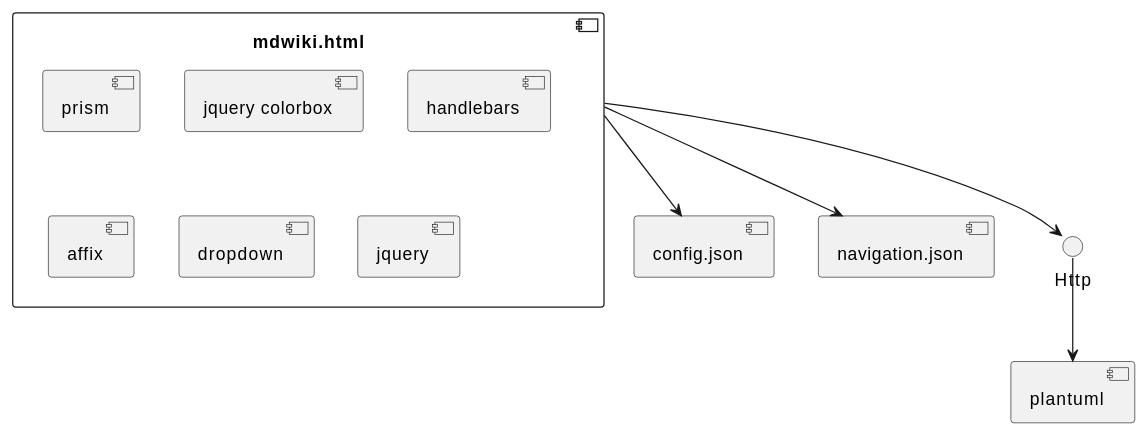
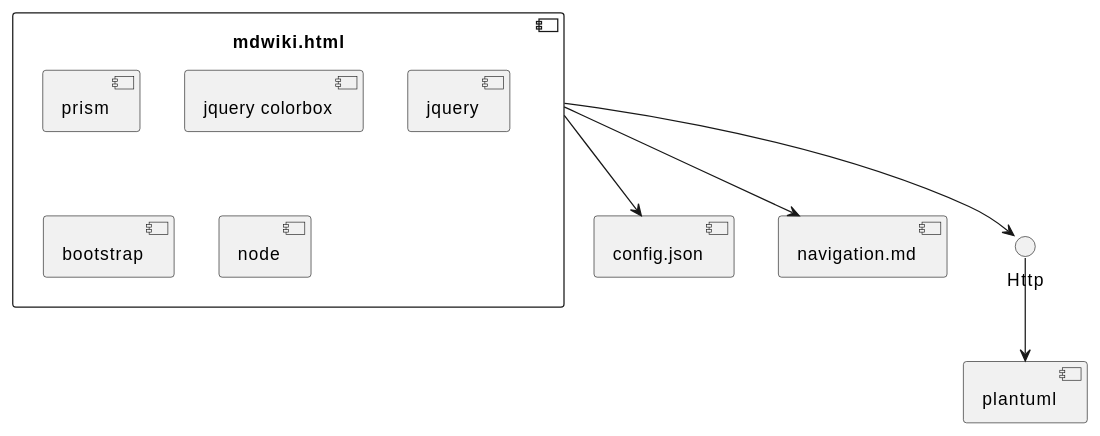
One commit to stephanedenis/mdwiki changed the diagram in docs/Dependencies.md. Above: the diagram before and after it, drawn with PlantUML. The commit also changed other lines of this file, not shown here.

````diff
--- a/docs/Dependencies.md
+++ b/docs/Dependencies.md
@@ -4,20 +4,20 @@
 ```plantuml
 
 component "mdwiki.html" as mdwiki{
     [prism] as prism
     [jquery colorbox] as jqcb
-    [handlebars] as handlebar
-    [affix] as affix
-    [dropdown] as dropdown
     [jquery] as jquery
+    [bootstrap]
+    [node]
 }
 
 [plantuml] as plantuml
 [config.json] as config
-[navigation.json] as navigation
+[navigation.md] as navigation
 
 mdwiki --> config
 mdwiki --> navigation
 mdwiki --> Http
 Http --> plantuml
+
 ```
````
